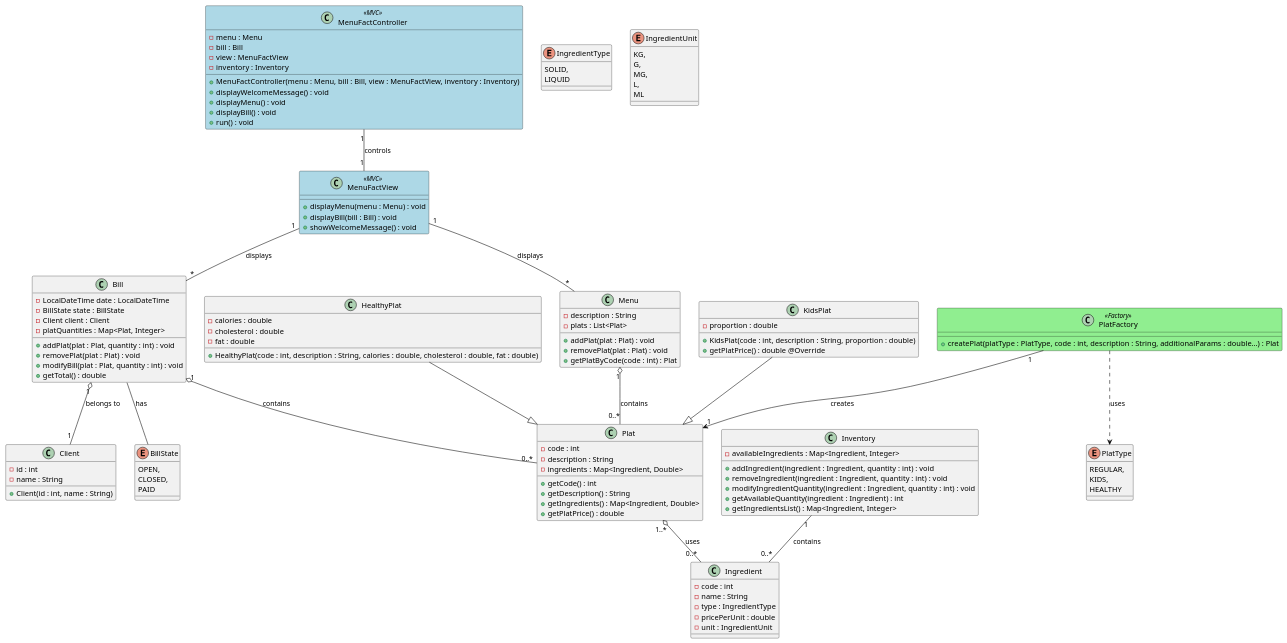
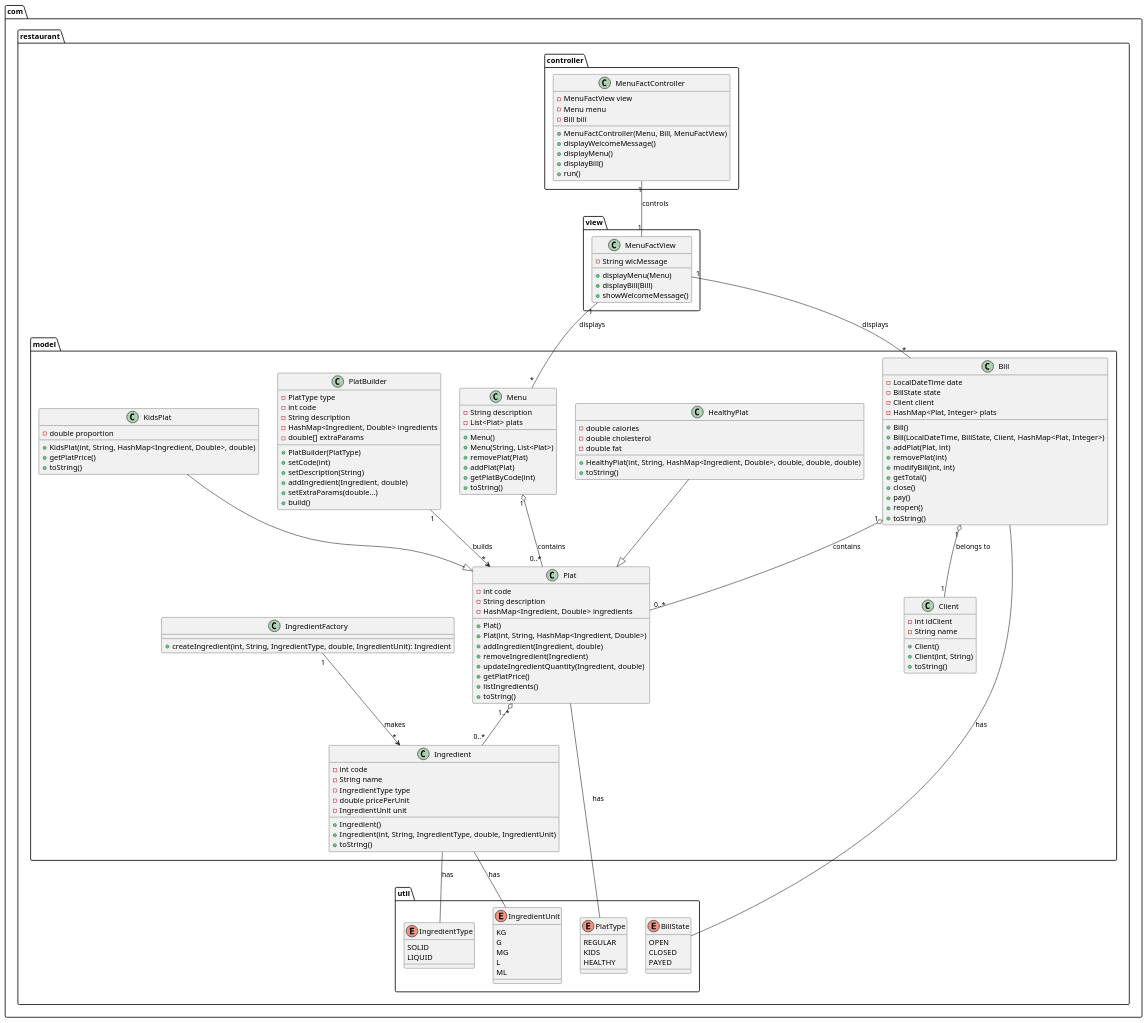
The diagram in diagram-class.plantuml (ElxHadi/S3-GIF350), drawn with PlantUML before and after one commit.

Commit message:
add: class diagram

```diff
--- a/diagram-class.plantuml
+++ b/diagram-class.plantuml
@@ -1,142 +1,161 @@
-@startuml menuFact
+@startuml
 
-skinparam class {
-    BackgroundColor<<MVC>> LightBlue
-    BackgroundColor<<Factory>> LightGreen
-    BorderColor black
-    ArrowColor black
-    ClassFontColor black
+package "com.restaurant.controller" {
+    class MenuFactController {
+        -MenuFactView view
+        -Menu menu
+        -Bill bill
+        +MenuFactController(Menu, Bill, MenuFactView)
+        +displayWelcomeMessage()
+        +displayMenu()
+        +displayBill()
+        +run()
+    }
 }
 
-' // Controller Class (MVC)
-class MenuFactController <<MVC>> {
-    - menu : Menu
-    - bill : Bill
-    - view : MenuFactView
-    - inventory : Inventory
-    + MenuFactController(menu : Menu, bill : Bill, view : MenuFactView, inventory : Inventory)
-    + displayWelcomeMessage() : void
-    + displayMenu() : void
-    + displayBill() : void
-    + run() : void
+package "com.restaurant.util" {
+    enum BillState {
+        OPEN
+        CLOSED
+        PAYED
+    }
+    enum IngredientType {
+        SOLID
+        LIQUID
+    }
+    enum PlatType {
+        REGULAR
+        KIDS
+        HEALTHY
+    }
+    enum IngredientUnit {
+        KG
+        G
+        MG
+        L
+        ML
+    }
 }
 
-' // View Class (MVC)
-class MenuFactView <<MVC>> {
-    + displayMenu(menu : Menu) : void
-    + displayBill(bill : Bill) : void
-    + showWelcomeMessage() : void
+package "com.restaurant.model" {
+    class Client {
+        -int idClient
+        -String name
+        +Client()
+        +Client(int, String)
+        +toString()
+    }
+
+    class Ingredient {
+        -int code
+        -String name
+        -IngredientType type
+        -double pricePerUnit
+        -IngredientUnit unit
+        +Ingredient()
+        +Ingredient(int, String, IngredientType, double, IngredientUnit)
+        +toString()
+    }
+
+    class Plat {
+        -int code
+        -String description
+        -HashMap<Ingredient, Double> ingredients
+        +Plat()
+        +Plat(int, String, HashMap<Ingredient, Double>)
+        +addIngredient(Ingredient, double)
+        +removeIngredient(Ingredient)
+        +updateIngredientQuantity(Ingredient, double)
+        +getPlatPrice()
+        +listIngredients()
+        +toString()
+    }
+
+    class KidsPlat {
+        -double proportion
+        +KidsPlat(int, String, HashMap<Ingredient, Double>, double)
+        +getPlatPrice()
+        +toString()
+    }
+
+    class HealthyPlat {
+        -double calories
+        -double cholesterol
+        -double fat
+        +HealthyPlat(int, String, HashMap<Ingredient, Double>, double, double, double)
+        +toString()
+    }
+
+    class Bill {
+        -LocalDateTime date
+        -BillState state
+        -Client client
+        -HashMap<Plat, Integer> plats
+        +Bill()
+        +Bill(LocalDateTime, BillState, Client, HashMap<Plat, Integer>)
+        +addPlat(Plat, int)
+        +removePlat(int)
+        +modifyBill(int, int)
+        +getTotal()
+        +close()
+        +pay()
+        +reopen()
+        +toString()
+    }
+
+    class Menu {
+        -String description
+        -List<Plat> plats
+        +Menu()
+        +Menu(String, List<Plat>)
+        +removePlat(Plat)
+        +addPlat(Plat)
+        +getPlatByCode(int)
+        +toString()
+    }
+
+    class PlatBuilder {
+        -PlatType type
+        -int code
+        -String description
+        -HashMap<Ingredient, Double> ingredients
+        -double[] extraParams
+        +PlatBuilder(PlatType)
+        +setCode(int)
+        +setDescription(String)
+        +addIngredient(Ingredient, double)
+        +setExtraParams(double...)
+        +build()
+    }
+
+    class IngredientFactory {
+        +createIngredient(int, String, IngredientType, double, IngredientUnit): Ingredient
+    }
 }
 
-' // Models
-class Menu {
-    - description : String
-    - plats : List<Plat>
-    + addPlat(plat : Plat) : void
-    + removePlat(plat : Plat) : void
-    + getPlatByCode(code : int) : Plat
-}
-
-class Bill {
-    - LocalDateTime date : LocalDateTime
-    - BillState state : BillState
-    - Client client : Client
-    - platQuantities : Map<Plat, Integer>
-    + addPlat(plat : Plat, quantity : int) : void
-    + removePlat(plat : Plat) : void
-    + modifyBill(plat : Plat, quantity : int) : void
-    + getTotal() : double
-}
-
-class Plat {
-    - code : int
-    - description : String
-    - ingredients : Map<Ingredient, Double>
-    + getCode() : int
-    + getDescription() : String
-    + getIngredients() : Map<Ingredient, Double>
-    + getPlatPrice() : double
-}
-
-class KidsPlat {
-    - proportion : double
-    + KidsPlat(code : int, description : String, proportion : double) 
-    + getPlatPrice() : double @Override
-}
-
-class HealthyPlat {
-    - calories : double
-    - cholesterol : double
-    - fat : double
-    + HealthyPlat(code : int, description : String, calories : double, cholesterol : double, fat : double)
-}
-
-class Client {
-    - id : int
-    - name : String
-    + Client(id : int, name : String)
-}
-
-class Ingredient {
-    - code : int
-    - name : String
-    - type : IngredientType
-    - pricePerUnit : double
-    - unit : IngredientUnit
-}
-
-class Inventory {
-    - availableIngredients : Map<Ingredient, Integer>
-    + addIngredient(ingredient : Ingredient, quantity : int) : void
-    + removeIngredient(ingredient : Ingredient, quantity : int) : void
-    + modifyIngredientQuantity(ingredient : Ingredient, quantity : int) : void
-    + getAvailableQuantity(ingredient : Ingredient) : int
-    + getIngredientsList() : Map<Ingredient, Integer>
-}
-
-enum IngredientType {
-    SOLID,
-    LIQUID
-}
-
-enum IngredientUnit {
-    KG,
-    G,
-    MG,
-    L,
-    ML
-}
-
-enum BillState {
-    OPEN,
-    CLOSED,
-    PAID
-}
-
-' // Factory Pattern (Factory)
-class PlatFactory <<Factory>> {
-    + createPlat(platType : PlatType, code : int, description : String, additionalParams : double...) : Plat
-}
-
-enum PlatType {
-    REGULAR,
-    KIDS,
-    HEALTHY
+package "com.restaurant.view" {
+    class MenuFactView {
+        -String wlcMessage
+        +displayMenu(Menu)
+        +displayBill(Bill)
+        +showWelcomeMessage()
+    }
 }
 
 ' Associations and cardinalities
 MenuFactController "1" -- "1" MenuFactView : "controls"
 MenuFactView "1" -- "*" Menu : "displays"
 MenuFactView "1" -- "*" Bill : "displays"
 Menu "1" o-- "0..*" Plat : "contains"
 Bill "1" o-- "0..*" Plat : "contains"
 Bill "1" o-- "1" Client : "belongs to"
-PlatFactory "1" --> "1" Plat : "creates"
-PlatFactory ..> PlatType : "uses"
 KidsPlat --|> Plat
 HealthyPlat --|> Plat
 Bill -- BillState : "has"
-Inventory "1" -- "0..*" Ingredient : "contains"
-Plat "1..*" o-- "0..*" Ingredient : "uses"
-
+PlatBuilder "1"--> "*"Plat : "builds"
+IngredientFactory "1"--> "*" Ingredient: "makes"
+Plat -- PlatType : has
+Plat "1..*" o-- "0..*" Ingredient
+Ingredient -- IngredientType : has
+Ingredient -- IngredientUnit : has
 @enduml
```
